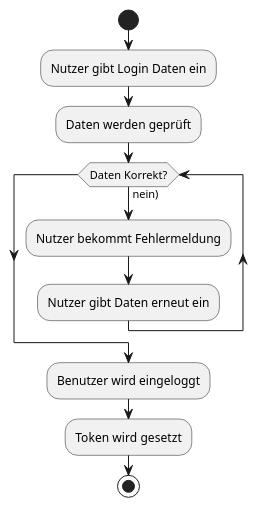
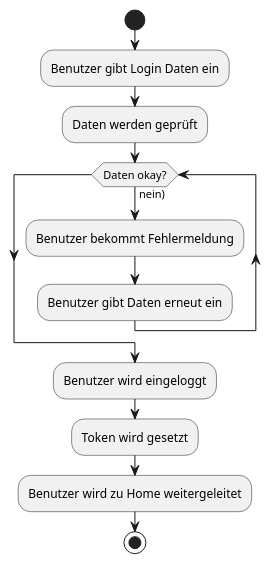
Before and after one commit to DHBW-FN-TIT20/shopler: the diagram in doc/diagrams/login.puml, drawn with PlantUML.

Commit message:
edit nutzer -> benutzer

```diff
--- a/doc/diagrams/login.puml
+++ b/doc/diagrams/login.puml
@@ -1,16 +1,17 @@
 @startuml login
 
 start
 
-:Nutzer gibt Login Daten ein;
+:Benutzer gibt Login Daten ein;
 :Daten werden geprüft;
-while (Daten Korrekt?) is (nein))
-    :Nutzer bekommt Fehlermeldung;
-    :Nutzer gibt Daten erneut ein;
+while (Daten okay?) is (nein))
+    :Benutzer bekommt Fehlermeldung;
+    :Benutzer gibt Daten erneut ein;
 endwhile
 :Benutzer wird eingeloggt;
 :Token wird gesetzt;
+:Benutzer wird zu Home weitergeleitet;
 
 stop
 
 @enduml
```
